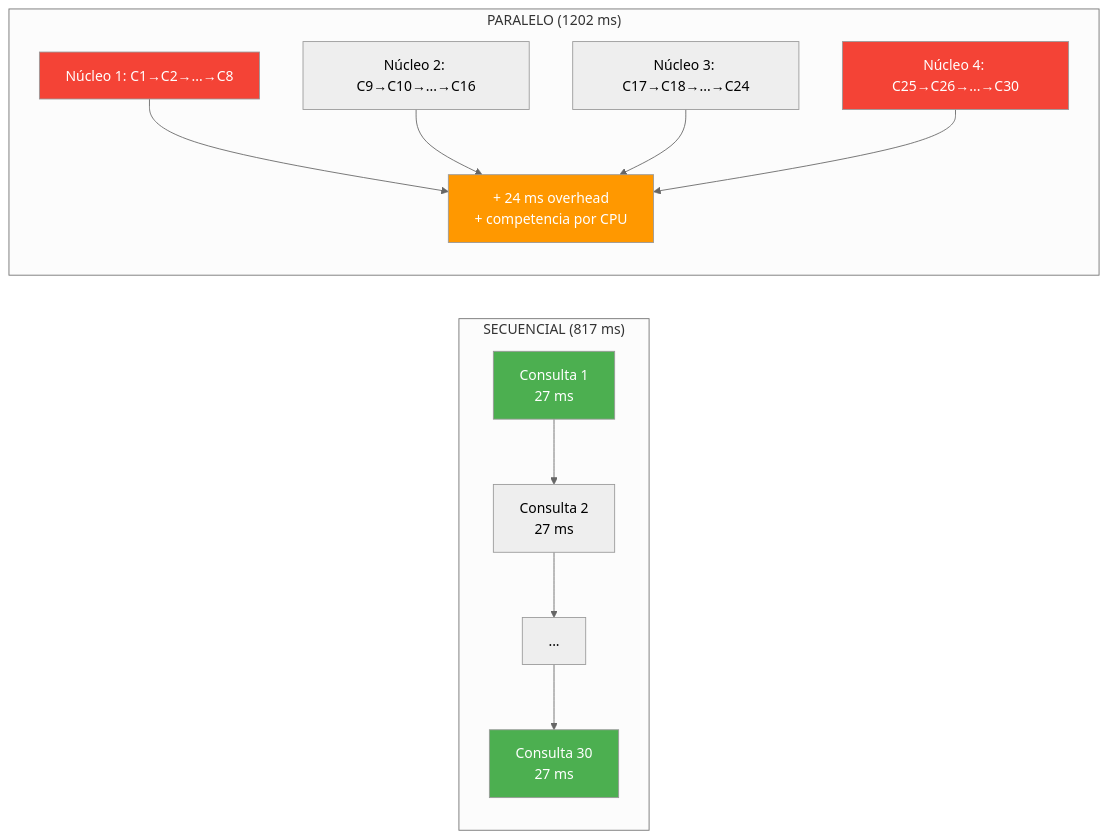
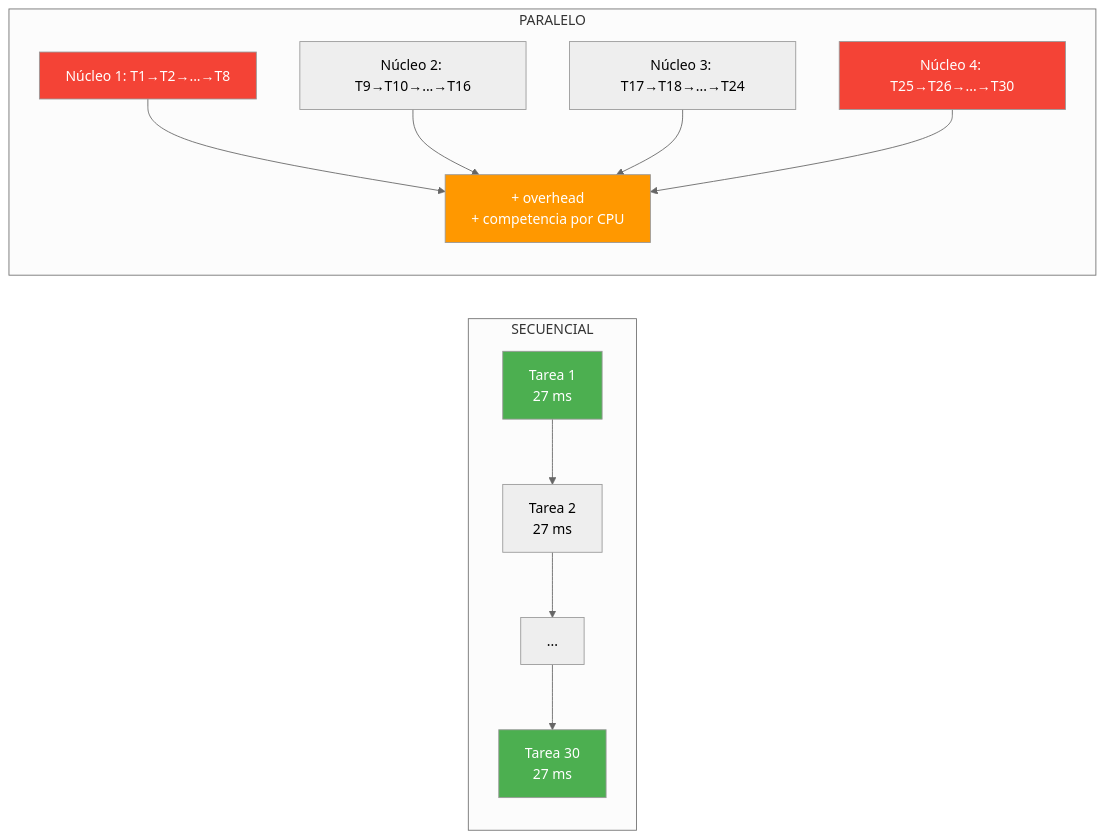
Diagram 12 of 19 in 16-concurrencia-asincronia.md (joseluisgs/DesarrolloWebEntornosServidor-01-2026-2027), drawn with Mermaid (neutral theme) before and after one commit. The commit also changed other lines of this file, not shown here.

````diff
--- a/16-concurrencia-asincronia.md
+++ b/16-concurrencia-asincronia.md
@@ -502,20 +502,20 @@
 ```mermaid
 graph LR
-    subgraph SECUENCIAL["SECUENCIAL (817 ms)"]
-        S1["Consulta 1<br/>27 ms"] --> S2["Consulta 2<br/>27 ms"] --> S3["..."] --> S4["Consulta 30<br/>27 ms"]
+    subgraph SECUENCIAL["SECUENCIAL"]
+        S1["Tarea 1<br/>27 ms"] --> S2["Tarea 2<br/>27 ms"] --> S3["..."] --> S4["Tarea 30<br/>27 ms"]
     end
 
-    subgraph PARALELO["PARALELO (1202 ms)"]
-        P1["Núcleo 1: C1→C2→...→C8"]
-        P2["Núcleo 2: C9→C10→...→C16"]
-        P3["Núcleo 3: C17→C18→...→C24"]
-        P4["Núcleo 4: C25→C26→...→C30"]
-        P1 & P2 & P3 & P4 --> OVERHEAD["+ 24 ms overhead<br/>+ competencia por CPU"]
+    subgraph PARALELO["PARALELO"]
+        P1["Núcleo 1: T1→T2→...→T8"]
+        P2["Núcleo 2: T9→T10→...→T16"]
+        P3["Núcleo 3: T17→T18→...→T24"]
+        P4["Núcleo 4: T25→T26→...→T30"]
+        P1 & P2 & P3 & P4 --> OVERHEAD["+ overhead<br/>+ competencia por CPU"]
     end
 
     style S1 fill:#4CAF50,color:#fff
     style S4 fill:#4CAF50,color:#fff
     style P1 fill:#f44336,color:#fff
     style P4 fill:#f44336,color:#fff
     style OVERHEAD fill:#FF9800,color:#fff
 ```
````
